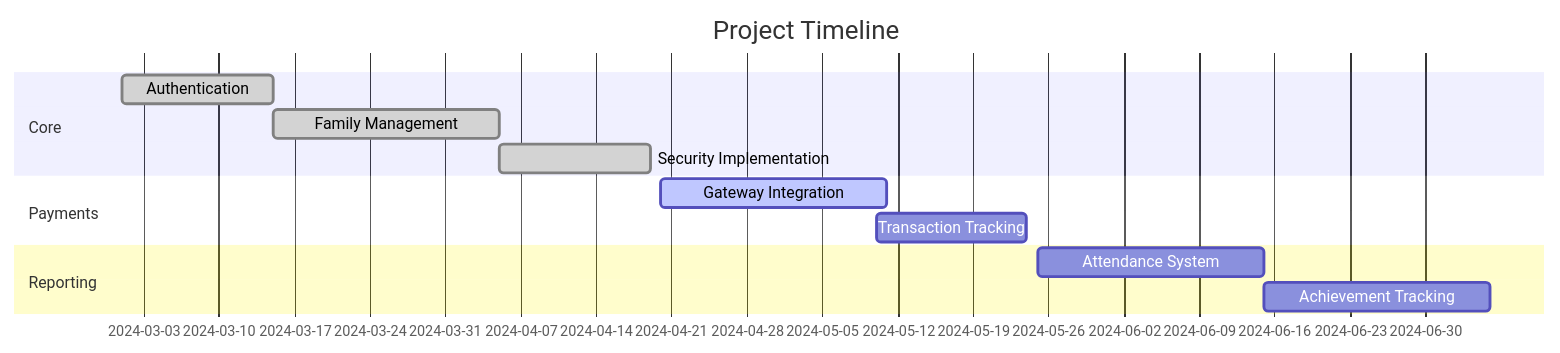
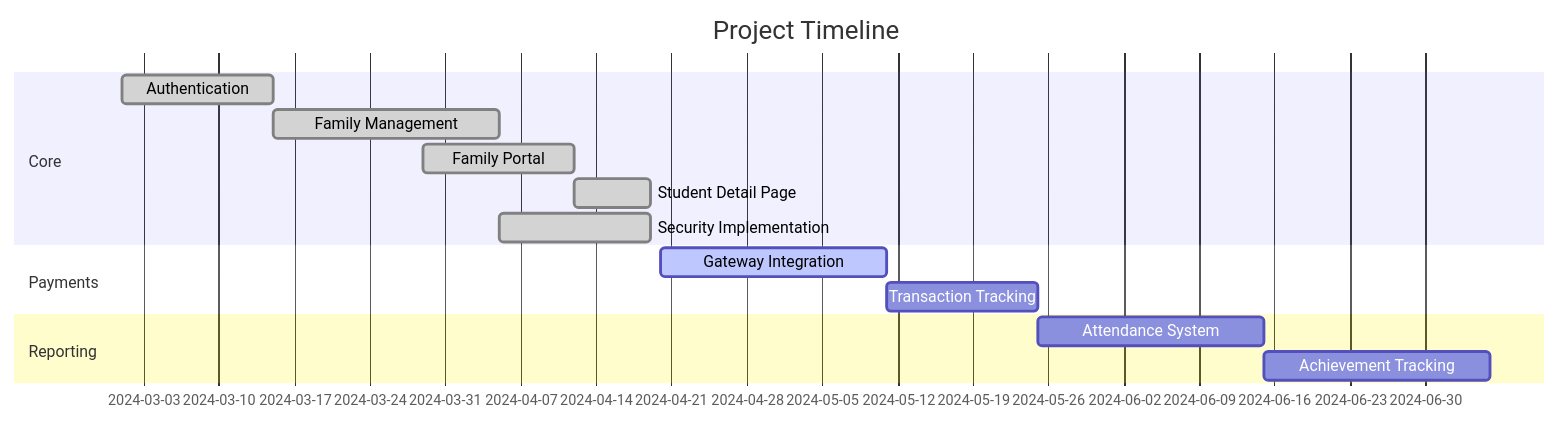
Before and after one commit to snusnumrick/karate: the diagram in README.md, drawn with Mermaid. The commit also changed other lines of this file, not shown here.

````diff
--- a/README.md
+++ b/README.md
@@ -115,15 +124,17 @@
 ```mermaid
 gantt
     title Project Timeline
     dateFormat  YYYY-MM-DD
     section Core
-    Authentication          :done, 2024-03-01, 14d
-    Family Management       :done, 2024-03-15, 21d
-    Security Implementation :done, 2024-04-05, 14d
+    Authentication          :done,    auth, 2024-03-01, 14d
+    Family Management       :done,    family, 2024-03-15, 21d
+    Family Portal           :done,    portal, 2024-03-29, 14d
+    Student Detail Page     :done,    student, after portal, 7d
+    Security Implementation :done,    sec, 2024-04-05, 14d
     section Payments
-    Gateway Integration     :active, 2024-04-20, 21d
-    Transaction Tracking    :        2024-05-10, 14d
+    Gateway Integration     :active,  pay, 2024-04-20, 21d
+    Transaction Tracking    :         pay_track, after pay, 14d
     section Reporting
-    Attendance System       :        2024-05-25, 21d
-    Achievement Tracking    :        2024-06-15, 21d
+    Attendance System       :         attend, 2024-05-25, 21d
+    Achievement Tracking    :         achieve, 2024-06-15, 21d
 ```
````
